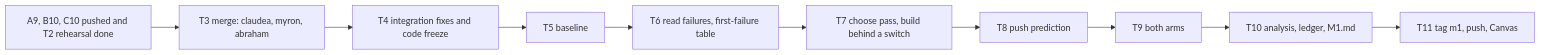
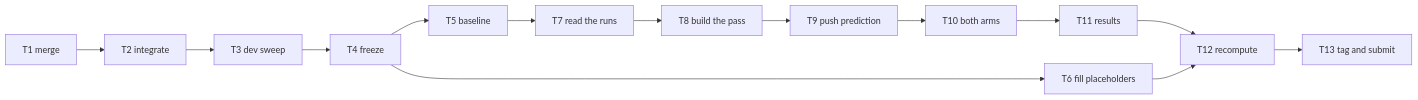
Before and after one commit to MyronLiu999/agentic-ai-project: the second of 2 diagrams in PLAN.md, drawn with Mermaid. The commit also changed other lines of this file and 7 other files, not shown here.

````diff
--- a/PLAN.md
+++ b/PLAN.md
@@ -525,12 +227,8 @@
 ```mermaid
 flowchart LR
-  P["A9, B10, C10 pushed and T2 rehearsal done"] --> T3["T3 merge: claudea, myron, abraham"]
-  T3 --> T4["T4 integration fixes and code freeze"]
-  T4 --> T5["T5 baseline"]
-  T5 --> T6["T6 read failures, first-failure table"]
-  T6 --> T7["T7 choose pass, build behind a switch"]
-  T7 --> T8["T8 push prediction"]
-  T8 --> T9["T9 both arms"]
-  T9 --> T10["T10 analysis, ledger, M1.md"]
-  T10 --> T11["T11 tag m1, push, Canvas"]
+  T1["T1 merge"] --> T2["T2 integrate"] --> T3["T3 dev sweep"] --> T4["T4 freeze"]
+  T4 --> T5["T5 baseline"] --> T7["T7 read the runs"]
+  T4 --> T6["T6 fill placeholders"]
+  T7 --> T8["T8 build the pass"] --> T9["T9 push prediction"] --> T10["T10 both arms"] --> T11["T11 results"]
+  T11 & T6 --> T12["T12 recompute"] --> T13["T13 tag and submit"]
 ```
````
